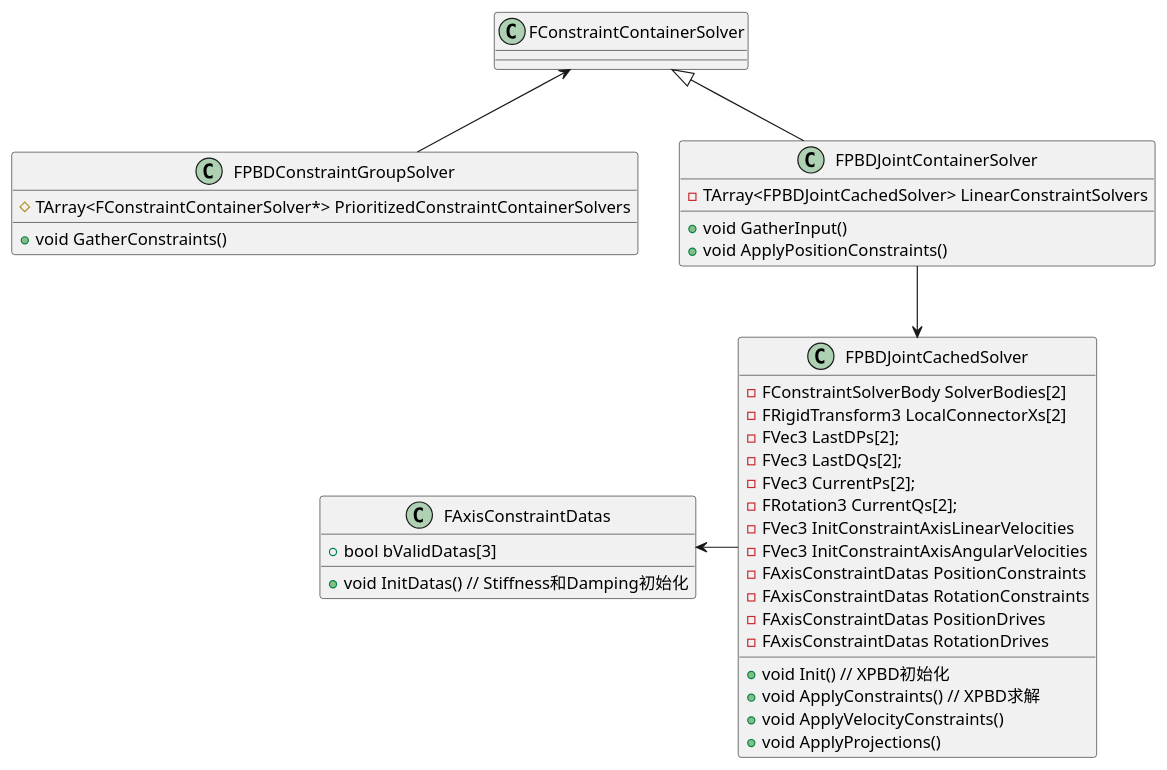
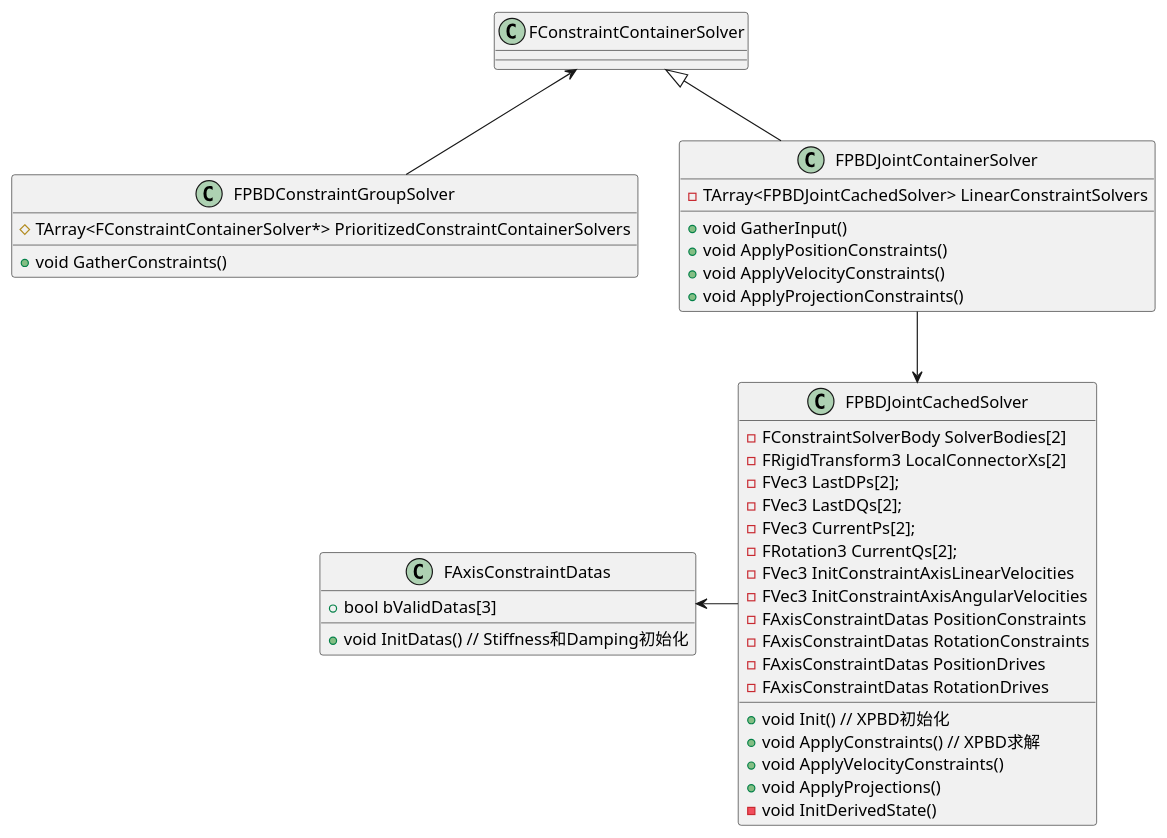
Before and after one commit to zhohn0/vscode-files: the diagram in UE5.3/PhysicsControl/JointSolver.puml, drawn with PlantUML. The commit also changed 5 other files, not shown here.

```diff
--- a/UE5.3/PhysicsControl/JointSolver.puml
+++ b/UE5.3/PhysicsControl/JointSolver.puml
@@ -1,51 +1,54 @@
 @startuml
 
 class FPBDConstraintGroupSolver{
     # TArray<FConstraintContainerSolver*> PrioritizedConstraintContainerSolvers
     + void GatherConstraints()
 }
 
 class FConstraintContainerSolver{
 
 }
 
 class FPBDJointContainerSolver{
     - TArray<FPBDJointCachedSolver> LinearConstraintSolvers
     + void GatherInput()
     + void ApplyPositionConstraints()
+    + void ApplyVelocityConstraints()
+    + void ApplyProjectionConstraints()
 }
 
 class FAxisConstraintDatas{
     + bool bValidDatas[3]
     + void InitDatas() // Stiffness和Damping初始化
 }
 
 class FPBDJointCachedSolver{
     - FConstraintSolverBody SolverBodies[2]
     - FRigidTransform3 LocalConnectorXs[2]
     - FVec3 LastDPs[2];
 	- FVec3 LastDQs[2];
 	- FVec3 CurrentPs[2];
 	- FRotation3 CurrentQs[2];
     - FVec3 InitConstraintAxisLinearVelocities
     - FVec3 InitConstraintAxisAngularVelocities
     - FAxisConstraintDatas PositionConstraints
 	- FAxisConstraintDatas RotationConstraints
 	- FAxisConstraintDatas PositionDrives
 	- FAxisConstraintDatas RotationDrives
     + void Init() // XPBD初始化
     + void ApplyConstraints() // XPBD求解
     + void ApplyVelocityConstraints()
     + void ApplyProjections()
+    - void InitDerivedState()
 
 }
 
 ' 继承
 FConstraintContainerSolver <|-down- FPBDJointContainerSolver
 
 ' 关联
 FPBDConstraintGroupSolver -up-> FConstraintContainerSolver
 FPBDJointContainerSolver -down-> FPBDJointCachedSolver
 FPBDJointCachedSolver -left-> FAxisConstraintDatas
 
 @enduml
```
